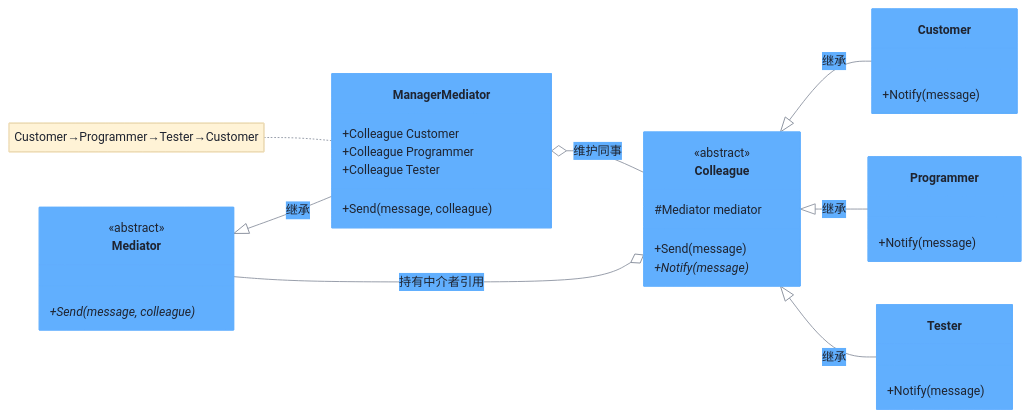
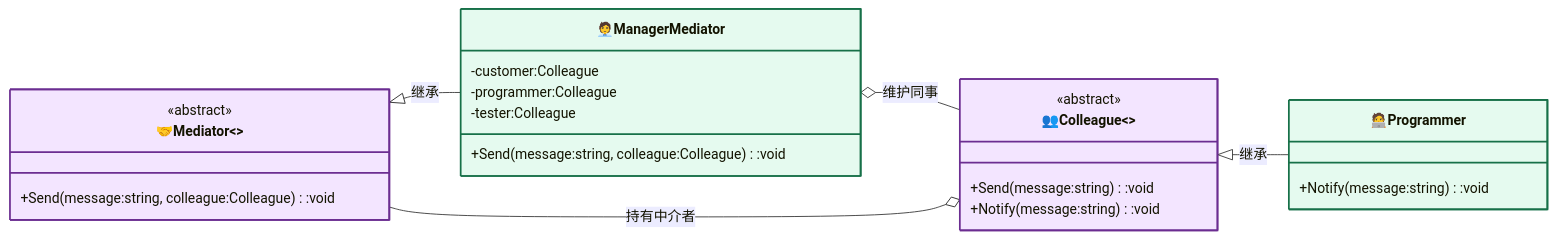
One commit to hollson/design_patterns changed the diagram in MediatorPattern/README.md. Above: the diagram before and after it, drawn with Mermaid. The commit also changed other lines of this file and 19 other files, not shown here.

Commit message:
docs: refactor mermaid diagrams to basic GoF model style for all 20 design patterns

````diff
--- a/MediatorPattern/README.md
+++ b/MediatorPattern/README.md
@@ -20,38 +31,33 @@
 ```mermaid
-%%{init: {"theme": "base", "themeVariables": {"primaryColor": "#61affe", "primaryTextColor": "#1f2430", "primaryBorderColor": "#61affe", "lineColor": "#8a919e", "secondaryColor": "#eaf2fb", "tertiaryColor": "#f5f7fa", "noteBkgColor": "#fff3d6", "noteTextColor": "#1f2430", "fontSize": "14px"}}}%%
+%%{init: {"classDiagram": {"useMarkdownLabels": true}} }%%
 classDiagram
     direction LR
-    class Mediator {
+
+    class Mediator["🤝Mediator<<abstract>>"]:::strategyCls{
         <<abstract>>
-        +Send(message, colleague)*
+        +Send(message:string, colleague:Colleague):void
     }
-    class ManagerMediator {
-        +Colleague Customer
-        +Colleague Programmer
-        +Colleague Tester
-        +Send(message, colleague)
+    class ConcreteMediator["🧑‍💼ManagerMediator"]:::concreteCls{
+        -customer:Colleague
+        -programmer:Colleague
+        -tester:Colleague
+        +Send(message:string, colleague:Colleague):void
     }
-    class Colleague {
+    class Colleague["👥Colleague<<abstract>>"]:::strategyCls{
         <<abstract>>
-        #Mediator mediator
-        +Send(message)
-        +Notify(message)*
+        +Send(message:string):void
+        +Notify(message:string):void
     }
-    class Customer {
-        +Notify(message)
-    }
-    class Programmer {
-        +Notify(message)
-    }
-    class Tester {
-        +Notify(message)
+    class ConcreteColleague["🧑‍💻Programmer"]:::concreteCls{
+        +Notify(message:string):void
     }
 
-    Mediator <|-- ManagerMediator : 继承
-    Colleague <|-- Customer : 继承
-    Colleague <|-- Programmer : 继承
-    Colleague <|-- Tester : 继承
-    Colleague o-- Mediator : 持有中介者引用
-    ManagerMediator o-- Colleague : 维护同事
-    note for ManagerMediator "Customer→Programmer→Tester→Customer"
+    Mediator <|-- ConcreteMediator : 继承
+    ConcreteMediator o-- Colleague : 维护同事
+    Colleague <|-- ConcreteColleague : 继承
+    Colleague o-- Mediator : 持有中介者
+
+    classDef contextCls fill:#fff3cd,stroke:#856404,stroke-width:2px
+    classDef strategyCls fill:#f3e5ff,stroke:#6b2d91,stroke-width:2px
+    classDef concreteCls fill:#e5faef,stroke:#177048,stroke-width:2px
 ```
````
